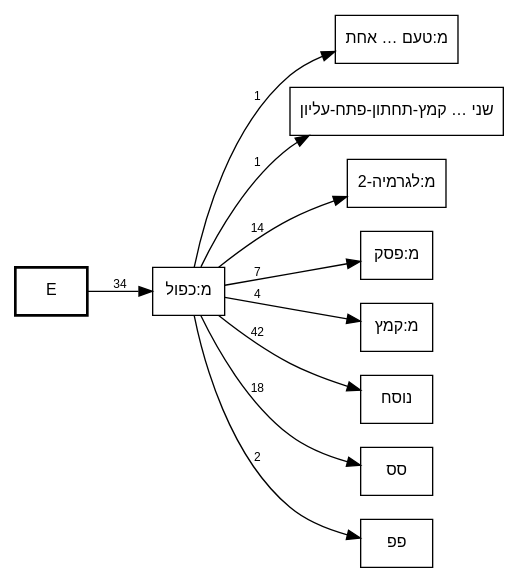
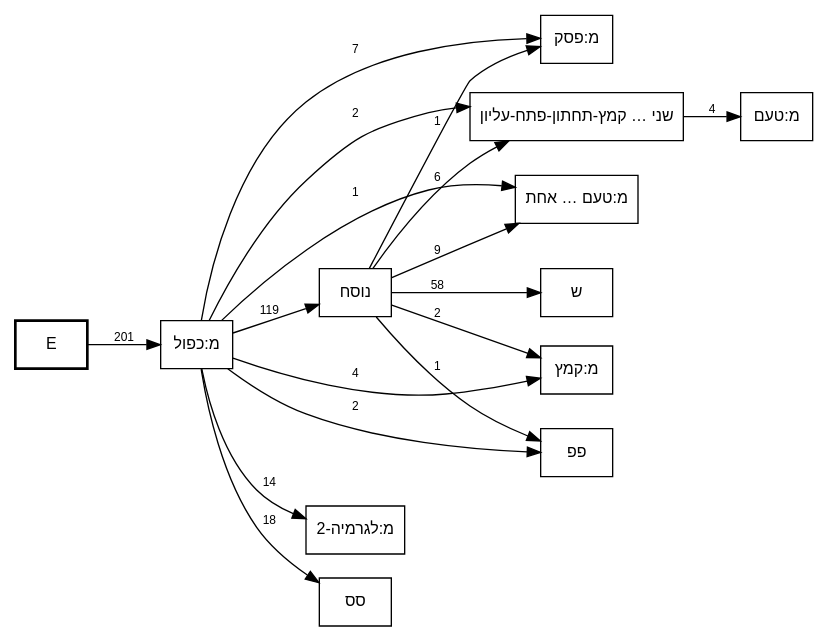
One commit to bdenckla/MAM-basics changed the diagram in out/MAM-tmpl-survey/plain-kaful-call-graph.dot. Above: the diagram before and after it, drawn with Graphviz. The commit also changed 11 other files, not shown here.

First line of the commit message:
Scope focused call-graph edge counts to target-involving stacks

```diff
--- a/out/MAM-tmpl-survey/plain-kaful-call-graph.dot
+++ b/out/MAM-tmpl-survey/plain-kaful-call-graph.dot
@@ -1,28 +1,35 @@
 // This file was generated by MAM-basics/py/main_tmpl_survey.py.
 // Do not edit by hand.
 digraph template_call_graph {
     rankdir=LR;
     node [fontname="SBL Hebrew,Helvetica", fontsize=12];
     edge [fontname="Helvetica", fontsize=9];
     graph [comment="This file was generated by MAM-basics/py/main_tmpl_survey.py."];
 
     // Column nodes
     node [shape=box, style=bold];
     "E";
 
     // Template nodes
     node [shape=box, style=""];
     "מ:טעם ומתג באות אחת" [label="מ:טעם … אחת", tooltip="מ:טעם ומתג באות אחת"];
     "שני טעמים באות אחת קמץ-תחתון-פתח-עליון" [label="שני … קמץ-תחתון-פתח-עליון", tooltip="שני טעמים באות אחת קמץ-תחתון-פתח-עליון"];
 
     // Edges
-    "E" -> "מ:כפול" [label="34"];
+    "E" -> "מ:כפול" [label="201"];
     "מ:כפול" -> "מ:טעם ומתג באות אחת" [label="1"];
     "מ:כפול" -> "מ:לגרמיה-2" [label="14"];
     "מ:כפול" -> "מ:פסק" [label="7"];
     "מ:כפול" -> "מ:קמץ" [label="4"];
-    "מ:כפול" -> "נוסח" [label="42"];
+    "מ:כפול" -> "נוסח" [label="119"];
     "מ:כפול" -> "סס" [label="18"];
     "מ:כפול" -> "פפ" [label="2"];
-    "מ:כפול" -> "שני טעמים באות אחת קמץ-תחתון-פתח-עליון" [label="1"];
+    "מ:כפול" -> "שני טעמים באות אחת קמץ-תחתון-פתח-עליון" [label="2"];
+    "נוסח" -> "מ:טעם ומתג באות אחת" [label="9"];
+    "נוסח" -> "מ:פסק" [label="1"];
+    "נוסח" -> "מ:קמץ" [label="2"];
+    "נוסח" -> "פפ" [label="1"];
+    "נוסח" -> "ש" [label="58"];
+    "נוסח" -> "שני טעמים באות אחת קמץ-תחתון-פתח-עליון" [label="6"];
+    "שני טעמים באות אחת קמץ-תחתון-פתח-עליון" -> "מ:טעם" [label="4"];
 }
```
